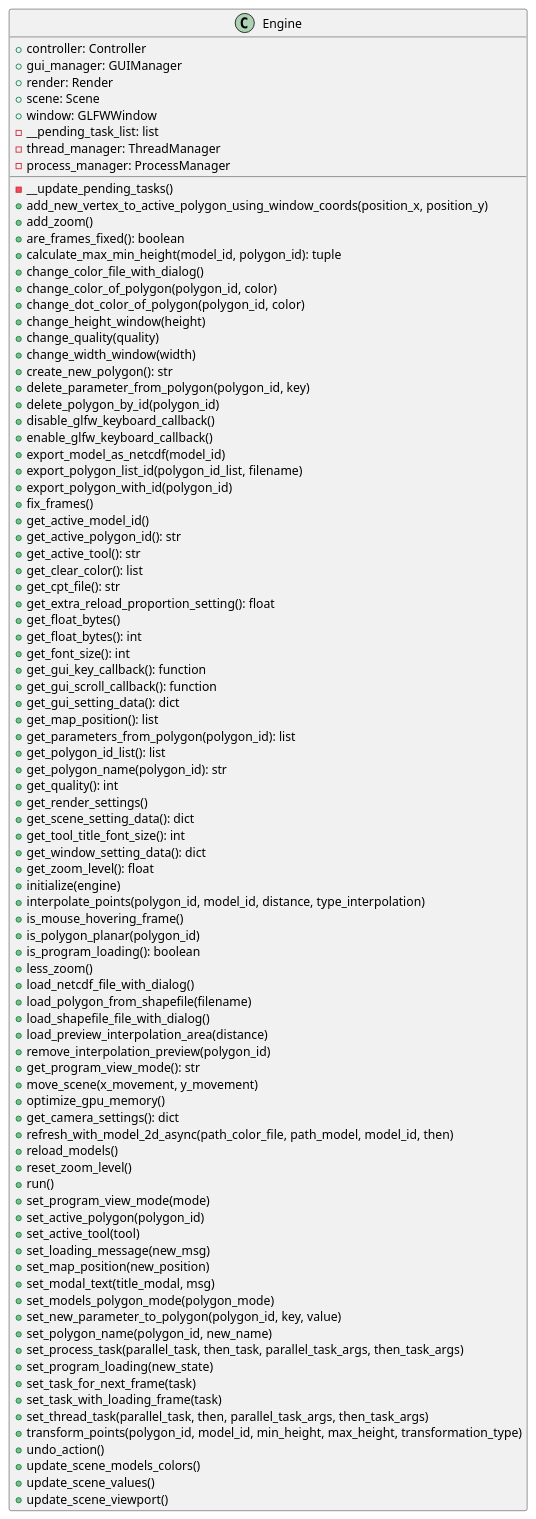
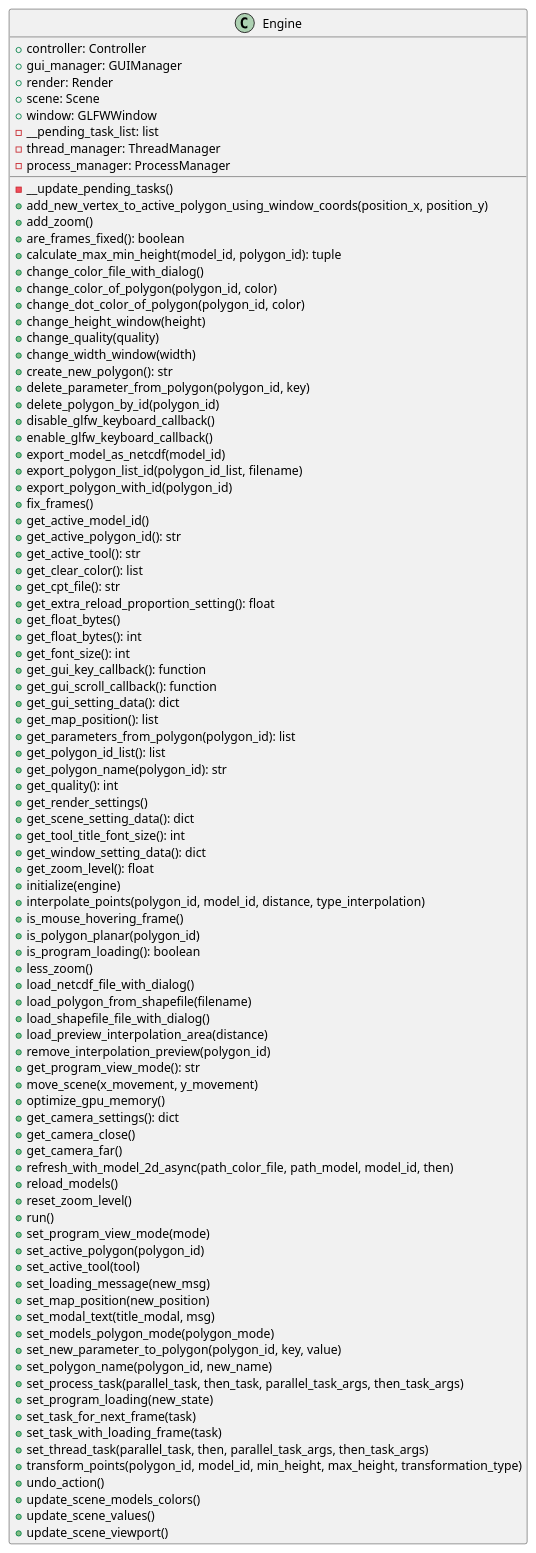
One commit to ferpoble2/Relief_Creator changed the diagram in docs/classes/Engine.puml. Above: the diagram before and after it, drawn with PlantUML. The commit also changed 8 other files, not shown here.

```diff
--- a/docs/classes/Engine.puml
+++ b/docs/classes/Engine.puml
@@ -1,94 +1,96 @@
 @startuml
 class Engine {
     + controller: Controller
     + gui_manager: GUIManager
     + render: Render
     + scene: Scene
     + window: GLFWWindow
     - __pending_task_list: list
     - thread_manager: ThreadManager
     - process_manager: ProcessManager
 
     - __update_pending_tasks()
     + add_new_vertex_to_active_polygon_using_window_coords(position_x, position_y)
     + add_zoom()
     + are_frames_fixed(): boolean
     + calculate_max_min_height(model_id, polygon_id): tuple
     + change_color_file_with_dialog()
     + change_color_of_polygon(polygon_id, color)
     + change_dot_color_of_polygon(polygon_id,  color)
     + change_height_window(height)
     + change_quality(quality)
     + change_width_window(width)
     + create_new_polygon(): str
     + delete_parameter_from_polygon(polygon_id, key)
     + delete_polygon_by_id(polygon_id)
     + disable_glfw_keyboard_callback()
     + enable_glfw_keyboard_callback()
     + export_model_as_netcdf(model_id)
     + export_polygon_list_id(polygon_id_list, filename)
     + export_polygon_with_id(polygon_id)
     + fix_frames()
     + get_active_model_id()
     + get_active_polygon_id(): str
     + get_active_tool(): str
     + get_clear_color(): list
     + get_cpt_file(): str
     + get_extra_reload_proportion_setting(): float
     + get_float_bytes()
     + get_float_bytes(): int
     + get_font_size(): int
     + get_gui_key_callback(): function
     + get_gui_scroll_callback(): function
     + get_gui_setting_data(): dict
     + get_map_position(): list
     + get_parameters_from_polygon(polygon_id): list
     + get_polygon_id_list(): list
     + get_polygon_name(polygon_id): str
     + get_quality(): int
     + get_render_settings()
     + get_scene_setting_data(): dict
     + get_tool_title_font_size(): int
     + get_window_setting_data(): dict
     + get_zoom_level(): float
     + initialize(engine)
     + interpolate_points(polygon_id, model_id, distance, type_interpolation)
     + is_mouse_hovering_frame()
     + is_polygon_planar(polygon_id)
     + is_program_loading(): boolean
     + less_zoom()
     + load_netcdf_file_with_dialog()
     + load_polygon_from_shapefile(filename)
     + load_shapefile_file_with_dialog()
     + load_preview_interpolation_area(distance)
     + remove_interpolation_preview(polygon_id)
     + get_program_view_mode(): str
     + move_scene(x_movement, y_movement)
     + optimize_gpu_memory()
     + get_camera_settings(): dict
+    + get_camera_close()
+    + get_camera_far()
     + refresh_with_model_2d_async(path_color_file, path_model, model_id, then)
     + reload_models()
     + reset_zoom_level()
     + run()
     + set_program_view_mode(mode)
     + set_active_polygon(polygon_id)
     + set_active_tool(tool)
     + set_loading_message(new_msg)
     + set_map_position(new_position)
     + set_modal_text(title_modal, msg)
     + set_models_polygon_mode(polygon_mode)
     + set_new_parameter_to_polygon(polygon_id, key, value)
     + set_polygon_name(polygon_id, new_name)
     + set_process_task(parallel_task, then_task, parallel_task_args, then_task_args)
     + set_program_loading(new_state)
     + set_task_for_next_frame(task)
     + set_task_with_loading_frame(task)
     + set_thread_task(parallel_task, then, parallel_task_args, then_task_args)
     + transform_points(polygon_id, model_id, min_height, max_height, transformation_type)
     + undo_action()
     + update_scene_models_colors()
     + update_scene_values()
     + update_scene_viewport()
 }
 
 @enduml
```
